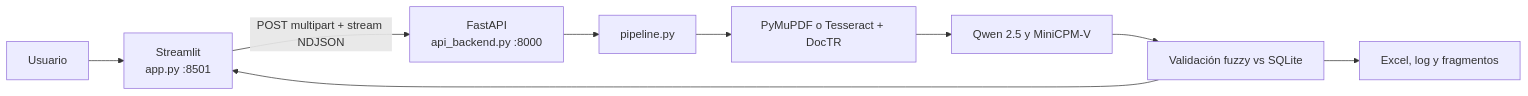
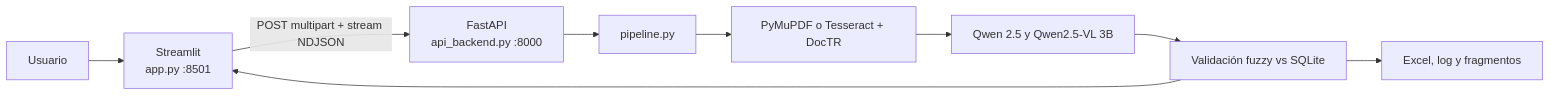
The first of 3 diagrams in README.md (jose-JQ/manpac), drawn with Mermaid before and after one commit. The commit also changed other lines of this file and 2 other files, not shown here.

````diff
--- a/README.md
+++ b/README.md
@@ -35,11 +35,11 @@
 ```mermaid
 flowchart LR
     usuario[Usuario] --> ui[Streamlit<br/>app.py :8501]
     ui -->|POST multipart + stream NDJSON| api[FastAPI<br/>api_backend.py :8000]
     api --> pipe[pipeline.py]
     pipe --> ocr[PyMuPDF o Tesseract + DocTR]
-    ocr --> llm[Qwen 2.5 y MiniCPM-V]
+    ocr --> llm[Qwen 2.5 y Qwen2.5-VL 3B]
     llm --> val[Validación fuzzy vs SQLite]
     val --> out[Excel, log y fragmentos]
     val --> ui
 ```
````
